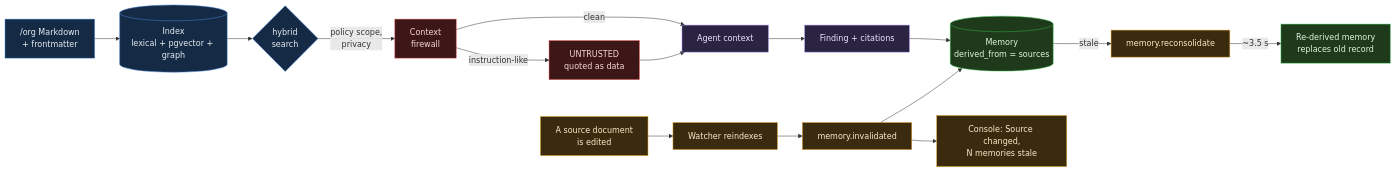
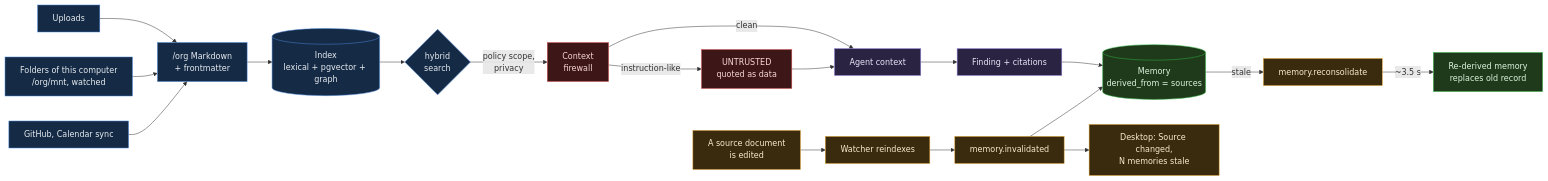
One commit to Kamalllx/mOSaic changed the fourth of 5 diagrams in README.md. Above: the diagram before and after it, drawn with Mermaid. The commit also changed other lines of this file, not shown here.

````diff
--- a/README.md
+++ b/README.md
@@ -186,23 +283,26 @@
 ```mermaid
 flowchart LR
     classDef doc fill:#142A45,stroke:#4C86D9,color:#E8ECF0
     classDef guard fill:#3D1618,stroke:#E05252,color:#F8D7D7
     classDef mem fill:#1F3A1A,stroke:#2FB344,color:#DDF5E1
     classDef agent fill:#2A2342,stroke:#9D8CE8,color:#ECE8FB
     classDef evt fill:#3A2A0E,stroke:#D99A25,color:#FBEBCB
 
+    S1["Uploads"]:::doc --> D
+    S2["Folders of this computer<br/>/org/mnt, watched"]:::doc --> D
+    S3["GitHub, Calendar sync"]:::doc --> D
     D["/org Markdown<br/>+ frontmatter"]:::doc --> I[("Index<br/>lexical + pgvector + graph")]:::doc
     I --> Q{"hybrid<br/>search"}:::doc
     Q -->|policy scope,<br/>privacy| FW["Context<br/>firewall"]:::guard
     FW -->|clean| C["Agent context"]:::agent
     FW -->|instruction-like| U["UNTRUSTED<br/>quoted as data"]:::guard
     U --> C
     C --> F["Finding + citations"]:::agent
     F --> M[("Memory<br/>derived_from = sources")]:::mem
     X["A source document<br/>is edited"]:::evt --> W["Watcher reindexes"]:::evt
     W --> V["memory.invalidated"]:::evt
     V --> M
-    V --> T["Console: Source changed,<br/>N memories stale"]:::evt
+    V --> T["Desktop: Source changed,<br/>N memories stale"]:::evt
     M -->|stale| R["memory.reconsolidate"]:::evt
     R -->|~3.5 s| NM["Re-derived memory<br/>replaces old record"]:::mem
 ```
````
